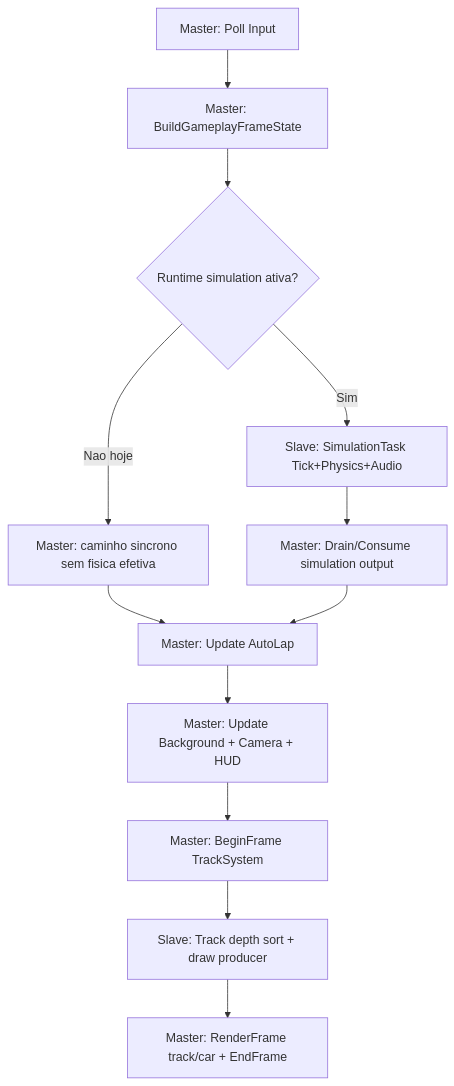
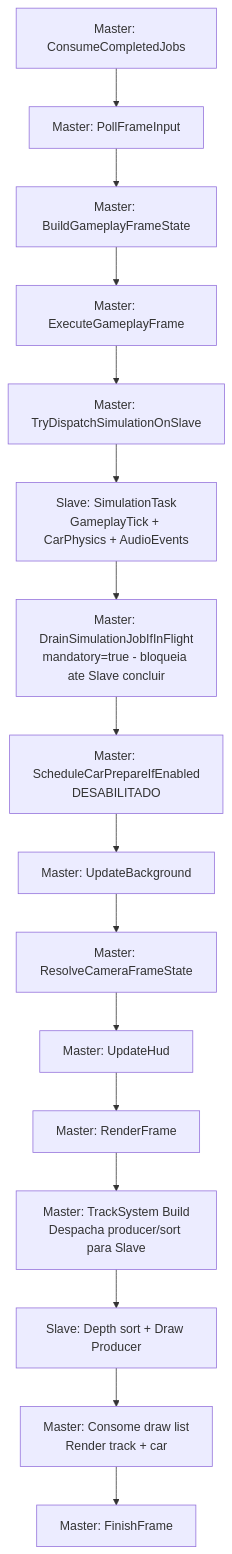
One commit to cleberssanches1/Interlagos_racing changed the first of 2 diagrams in SH2_USO_ATUAL.md. Above: the diagram before and after it, drawn with Mermaid. The commit also changed other lines of this file and 12 other files, not shown here.

````diff
--- a/SH2_USO_ATUAL.md
+++ b/SH2_USO_ATUAL.md
@@ -41,14 +70,18 @@
 ```mermaid
 flowchart TD
-    A[Master: Poll Input] --> B[Master: BuildGameplayFrameState]
-    B --> C{Runtime simulation ativa?}
-    C -->|Nao hoje| D[Master: caminho sincrono sem fisica efetiva]
-    C -->|Sim| E[Slave: SimulationTask Tick+Physics+Audio]
-    E --> F[Master: Drain/Consume simulation output]
-    D --> G[Master: Update AutoLap]
-    F --> G
-    G --> H[Master: Update Background + Camera + HUD]
-    H --> I[Master: BeginFrame TrackSystem]
-    I --> J[Slave: Track depth sort + draw producer]
-    J --> K[Master: RenderFrame track/car + EndFrame]
+    A[Master: ConsumeCompletedJobs] --> B[Master: PollFrameInput]
+    B --> C[Master: BuildGameplayFrameState]
+    C --> D[Master: ExecuteGameplayFrame]
+    D --> E[Master: TryDispatchSimulationOnSlave]
+    E --> F[Slave: SimulationTask\nGameplayTick + CarPhysics + AudioEvents]
+    F --> G[Master: DrainSimulationJobIfInFlight\nmandatory=true - bloqueia ate Slave concluir]
+    G --> H[Master: ScheduleCarPrepareIfEnabled\nDESABILITADO]
+    H --> I[Master: UpdateBackground]
+    I --> J[Master: ResolveCameraFrameState]
+    J --> K[Master: UpdateHud]
+    K --> L[Master: RenderFrame]
+    L --> M[Master: TrackSystem Build\nDespacha producer/sort para Slave]
+    M --> N[Slave: Depth sort + Draw Producer]
+    N --> O[Master: Consome draw list\nRender track + car]
+    O --> P[Master: FinishFrame]
 ```
````
